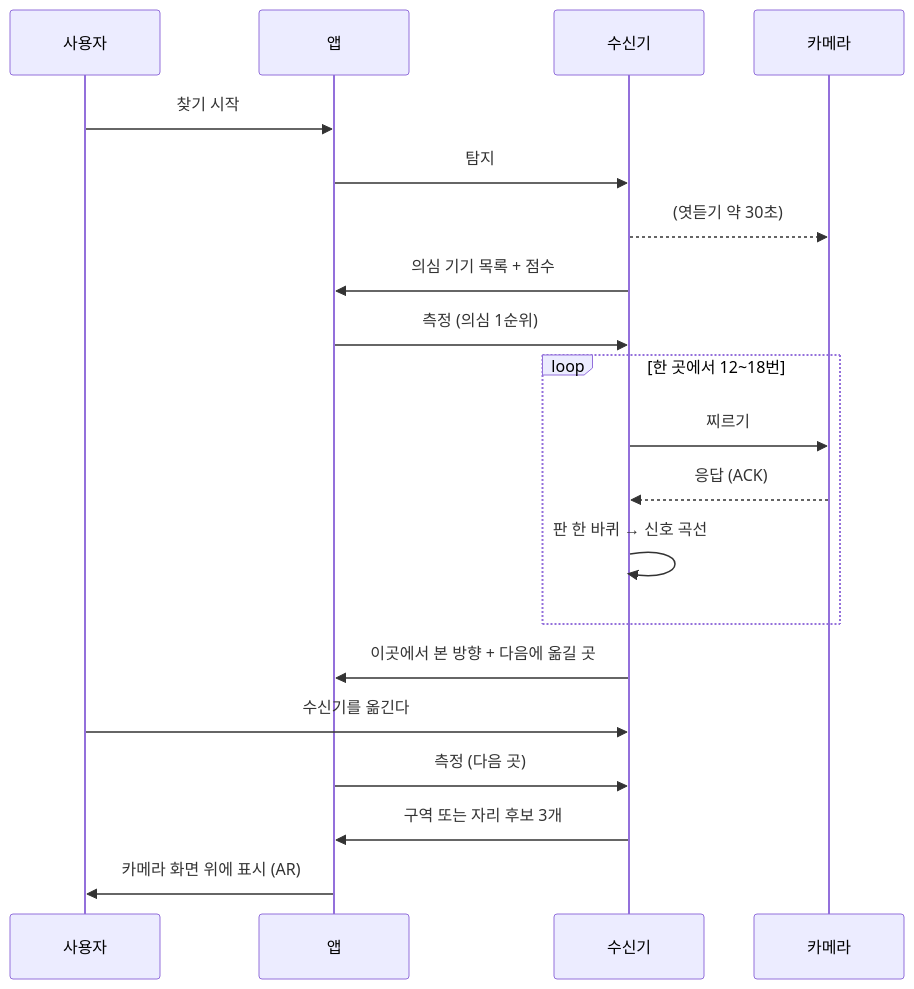
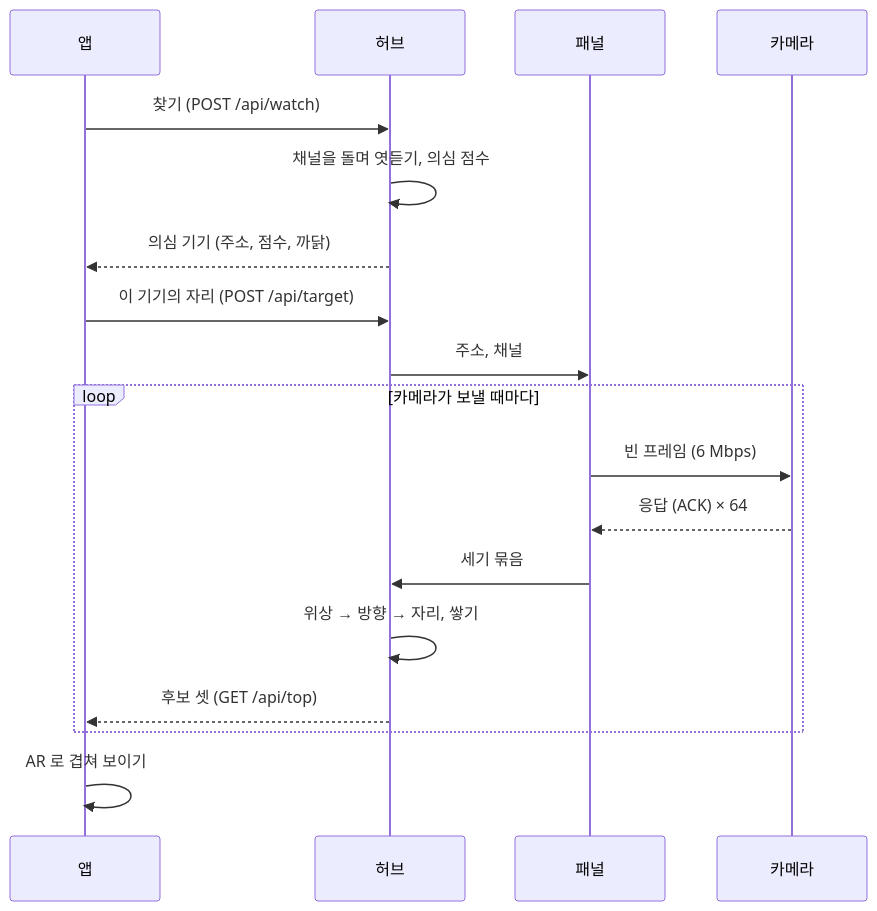
The diagram in design/시스템 설계서.md (DeteCam/docs), drawn with Mermaid before and after one commit. The commit also changed other lines of this file and 7 other files, not shown here.

````diff
--- a/design/시스템 설계서.md
+++ b/design/시스템 설계서.md
@@ -35,22 +29,20 @@
 ```mermaid
 sequenceDiagram
-  participant U as 사용자
-  participant A as 앱
-  participant R as 수신기
-  participant C as 카메라
-  U->>A: 찾기 시작
-  A->>R: 탐지
-  R-->>C: (엿듣기 약 30초)
-  R->>A: 의심 기기 목록 + 점수
-  A->>R: 측정 (의심 1순위)
-  loop 한 곳에서 12~18번
-    R->>C: 찌르기
-    C-->>R: 응답 (ACK)
-    R->>R: 판 한 바퀴 → 신호 곡선
-  end
-  R->>A: 이곳에서 본 방향 + 다음에 옮길 곳
-  U->>R: 수신기를 옮긴다
-  A->>R: 측정 (다음 곳)
-  R->>A: 구역 또는 자리 후보 3개
-  A->>U: 카메라 화면 위에 표시 (AR)
+    participant A as 앱
+    participant H as 허브
+    participant P as 패널
+    participant C as 카메라
+    A->>H: 찾기 (POST /api/watch)
+    H->>H: 채널을 돌며 엿듣기, 의심 점수
+    H-->>A: 의심 기기 (주소, 점수, 까닭)
+    A->>H: 이 기기의 자리 (POST /api/target)
+    H->>P: 주소, 채널
+    loop 카메라가 보낼 때마다
+        P->>C: 빈 프레임 (6 Mbps)
+        C-->>P: 응답 (ACK) × 64
+        P->>H: 세기 묶음
+        H->>H: 위상 → 방향 → 자리, 쌓기
+        H-->>A: 후보 셋 (GET /api/top)
+    end
+    A->>A: AR 로 겹쳐 보이기
 ```
````
